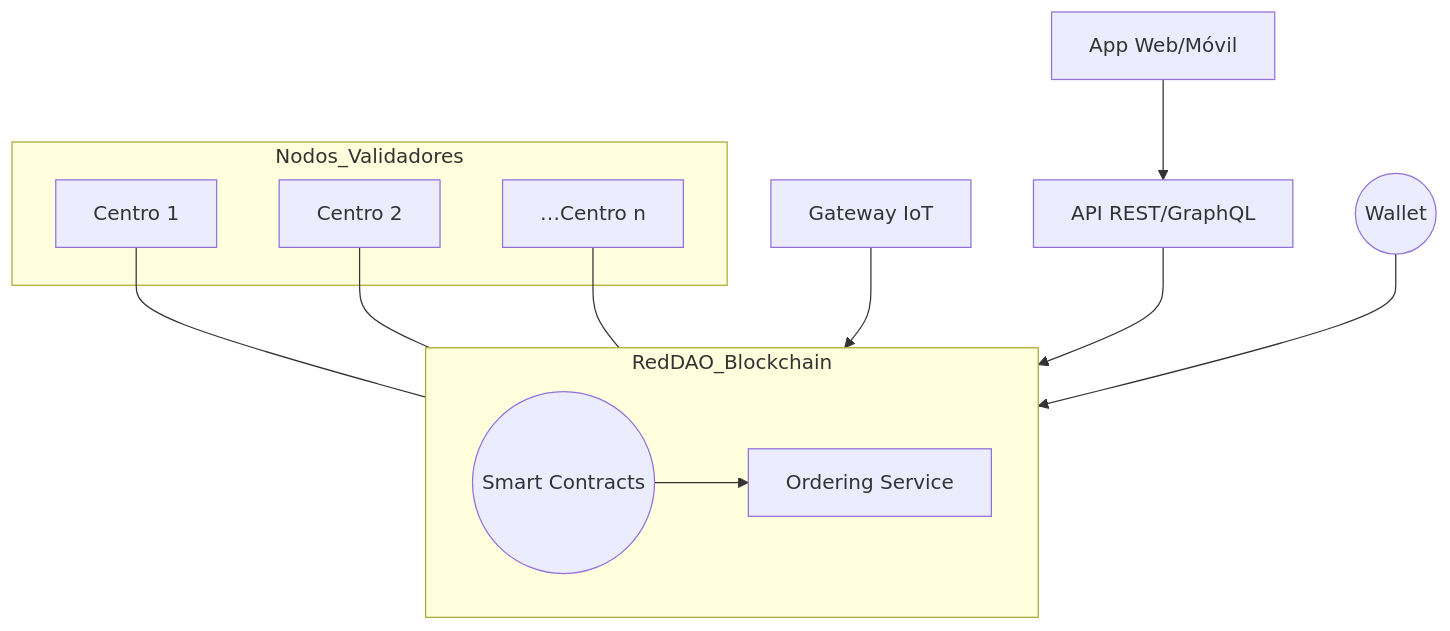
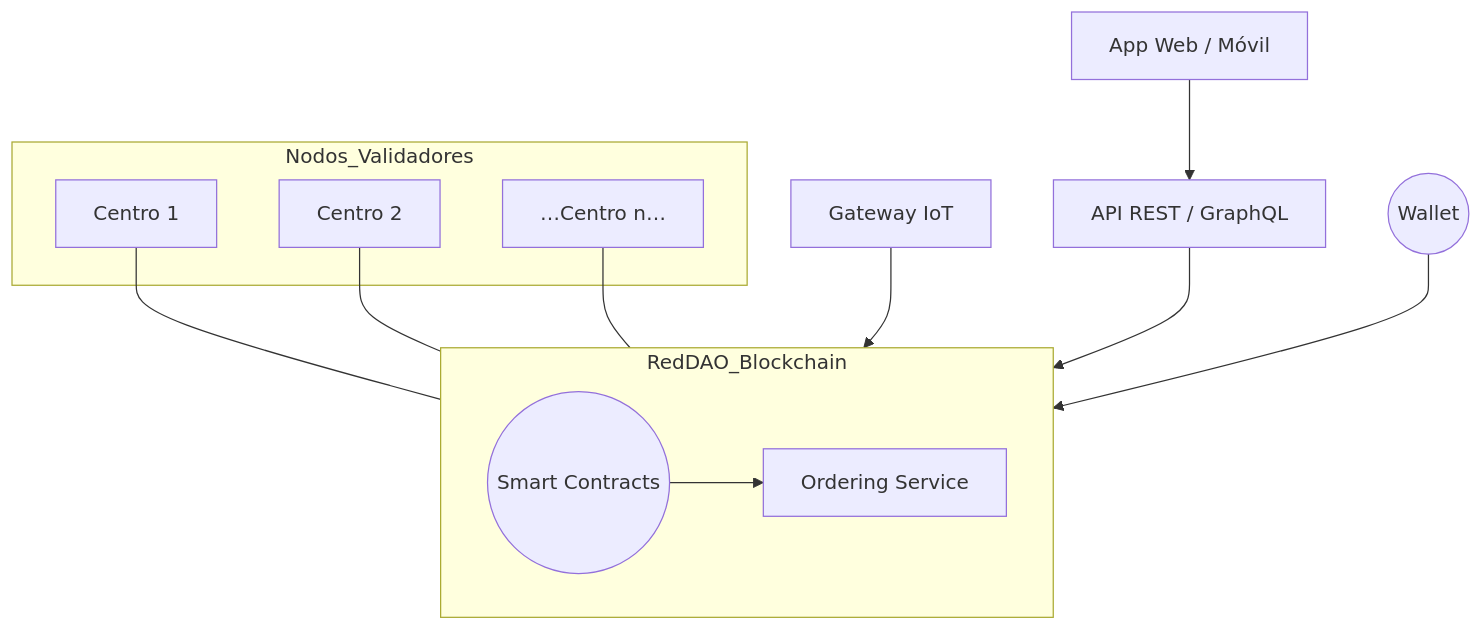
One commit to andresg01/Reddao changed the first of 8 diagrams in README.md. Above: the diagram before and after it, drawn with Mermaid. The commit also changed other lines of this file, not shown here.

````diff
--- a/README.md
+++ b/README.md
@@ -52,18 +53,18 @@
 ```mermaid
 graph TD
     subgraph RedDAO_Blockchain
         direction LR
-        SC((Smart Contracts))
-        ORD[Ordering Service]
-        SC --> ORD
+        SC((Smart Contracts)) --> ORD[Ordering Service]
     end
+
     subgraph Nodos_Validadores
-        C1[Centro 1] --- SC
-        C2[Centro 2] --- SC
-        Cn[…Centro n] --- SC
+        C1[Centro 1] --- SC
+        C2[Centro 2] --- SC
+        Cn[…Centro n…] --- SC
     end
-    IGW[Gateway IoT] --> SC
-    API[API REST/GraphQL] --> SC
-    App[App Web/Móvil] --> API
+
+    IGW[Gateway IoT] --> SC
+    API[API REST / GraphQL] --> SC
+    App[App Web / Móvil] --> API
     Wallet((Wallet)) --> SC
 ```
````
